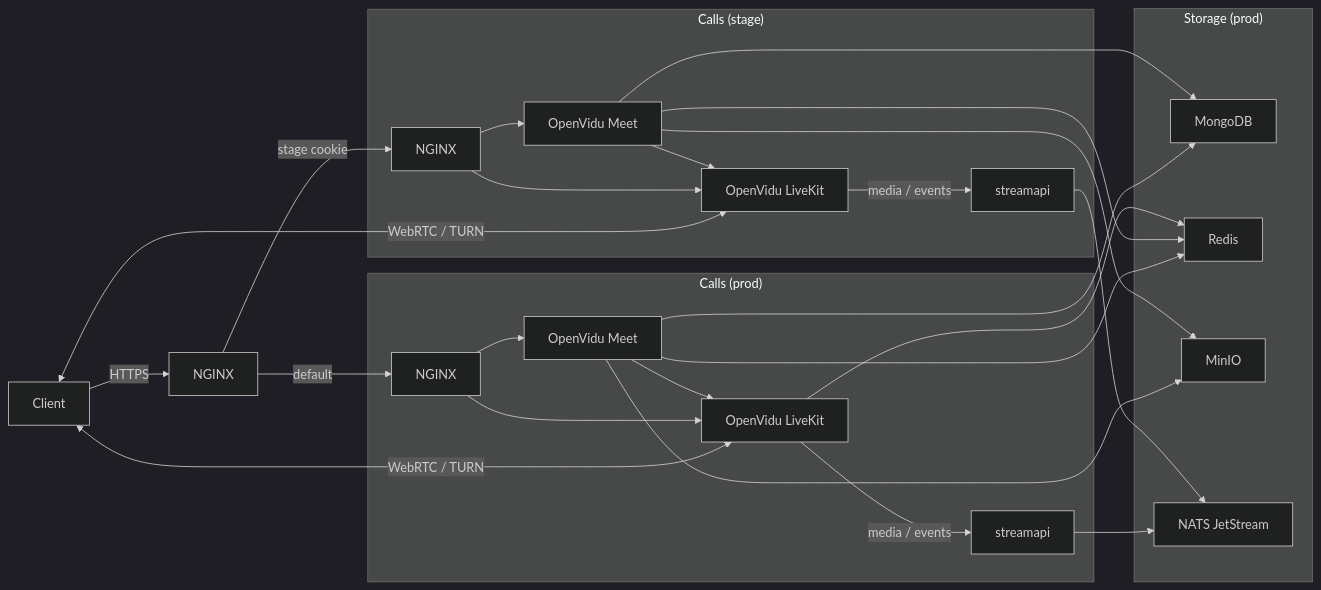
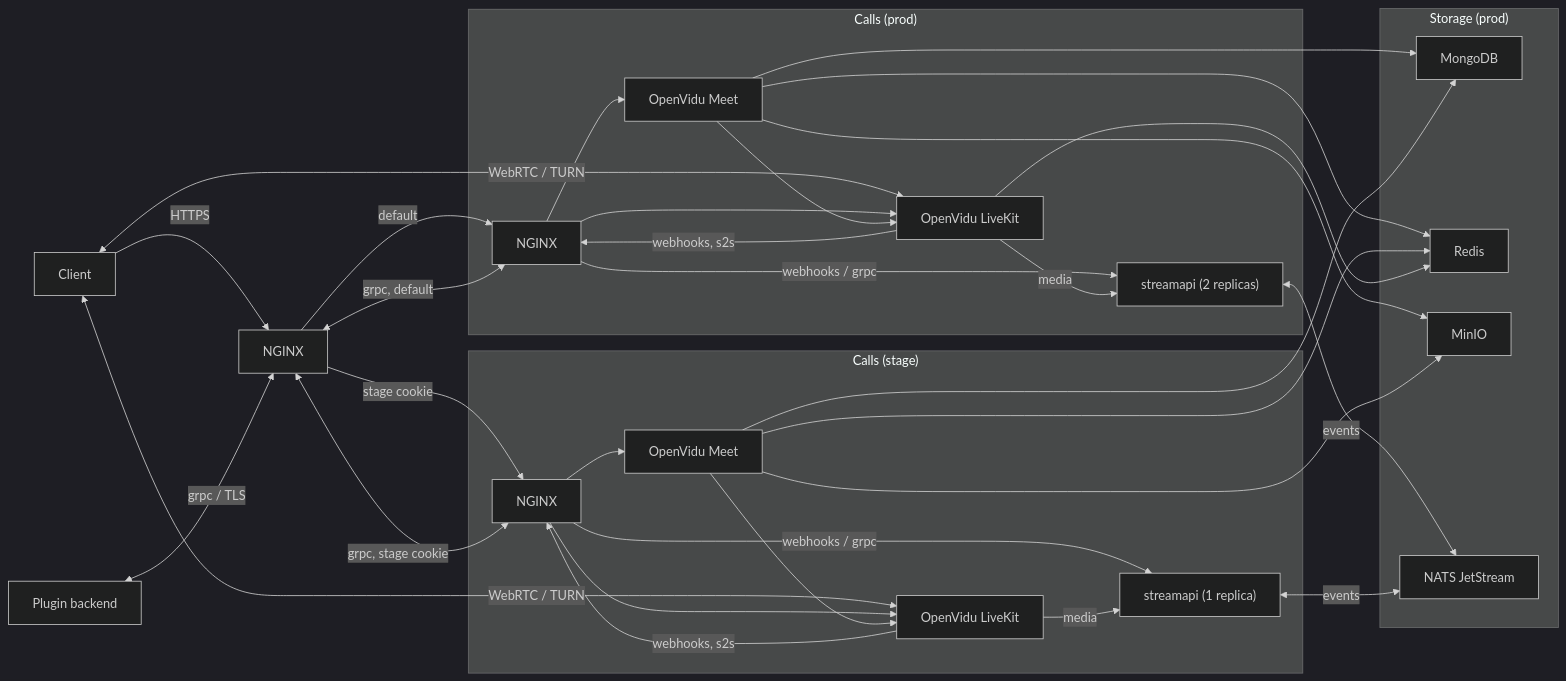
Before and after one commit to dwspurpleteam/deployer: the diagram in README.md, drawn with Mermaid (dark theme). The commit also changed other lines of this file and 5 other files, not shown here.

````diff
--- a/README.md
+++ b/README.md
@@ -12,39 +12,46 @@
 ```mermaid
 flowchart LR
   browser[Client] -->|HTTPS| ingress[NGINX]
   ingress -->|default| proxy
   ingress -->|stage cookie| stage
   browser <-->|WebRTC / TURN| openvidu
   browser <-->|WebRTC / TURN| stage_openvidu
+  plugin_backend[Plugin backend] <-->|grpc / TLS| ingress
+  ingress <-->|grpc, default| proxy
+  ingress <-->|grpc, stage cookie| stage
 
   subgraph calls_stage["Calls (stage)"]
     stage[NGINX] --> stage_meet[OpenVidu Meet]
     stage --> stage_openvidu[OpenVidu LiveKit]
     stage_meet --> stage_openvidu
-    stage_openvidu -->|media / events| stage_streamapi[streamapi]
+    stage_openvidu -->|webhooks, s2s| stage
+    stage -->|webhooks / grpc| stage_streamapi["streamapi (1 replica)"]
+    stage_openvidu -->|media| stage_streamapi
   end
 
   subgraph calls_prod["Calls (prod)"]
     proxy["NGINX"] --> meet[OpenVidu Meet]
     proxy --> openvidu[OpenVidu LiveKit]
     meet --> openvidu
-    openvidu -->|media / events| streamapi
+    openvidu -->|webhooks, s2s| proxy
+    proxy -->|webhooks / grpc| streamapi["streamapi (2 replicas)"]
+    openvidu -->|media| streamapi
   end
 
   subgraph storage["Storage (prod)"]
     mongodb[MongoDB]
     redis[Redis]
     minio[MinIO]
     nats["NATS JetStream"]
   end
 
   meet --> mongodb
   meet --> redis
   meet --> minio
   stage_meet --> mongodb
   stage_meet --> redis
   stage_meet --> minio
   openvidu --> redis
-  streamapi --> nats
-  stage_streamapi --> nats
+  streamapi <-->|events| nats
+  stage_streamapi <-->|events| nats
 ```
````
